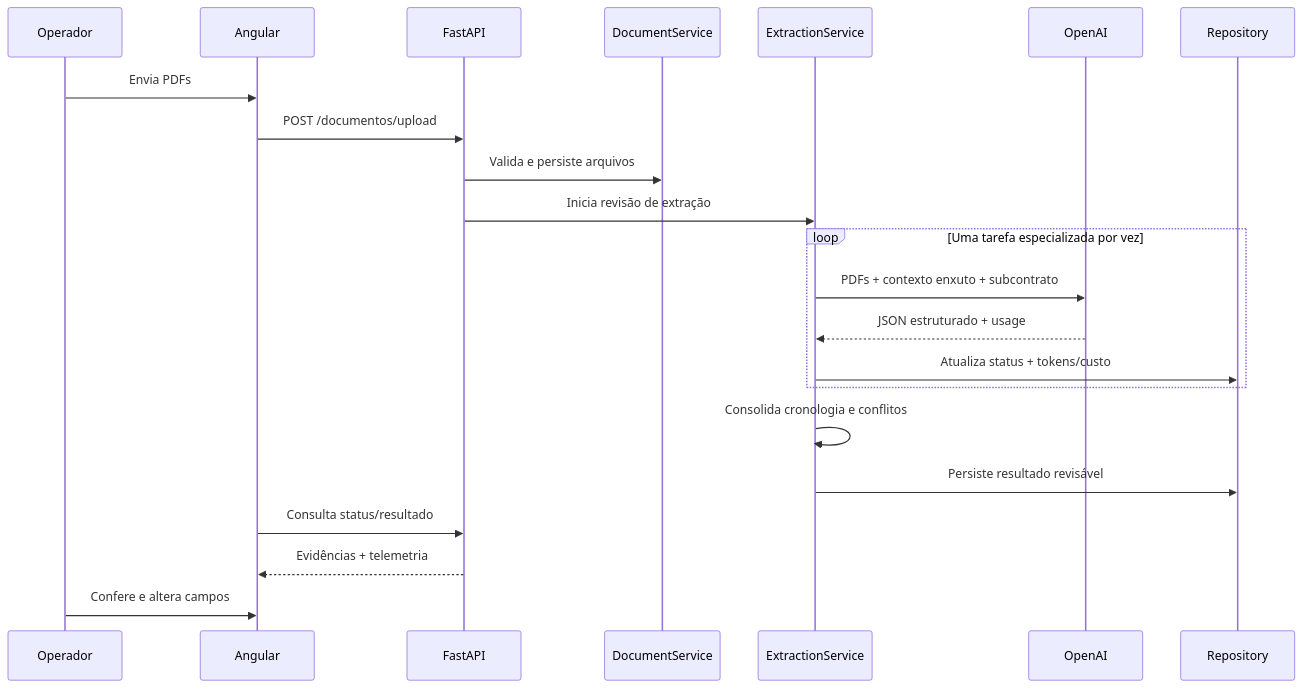
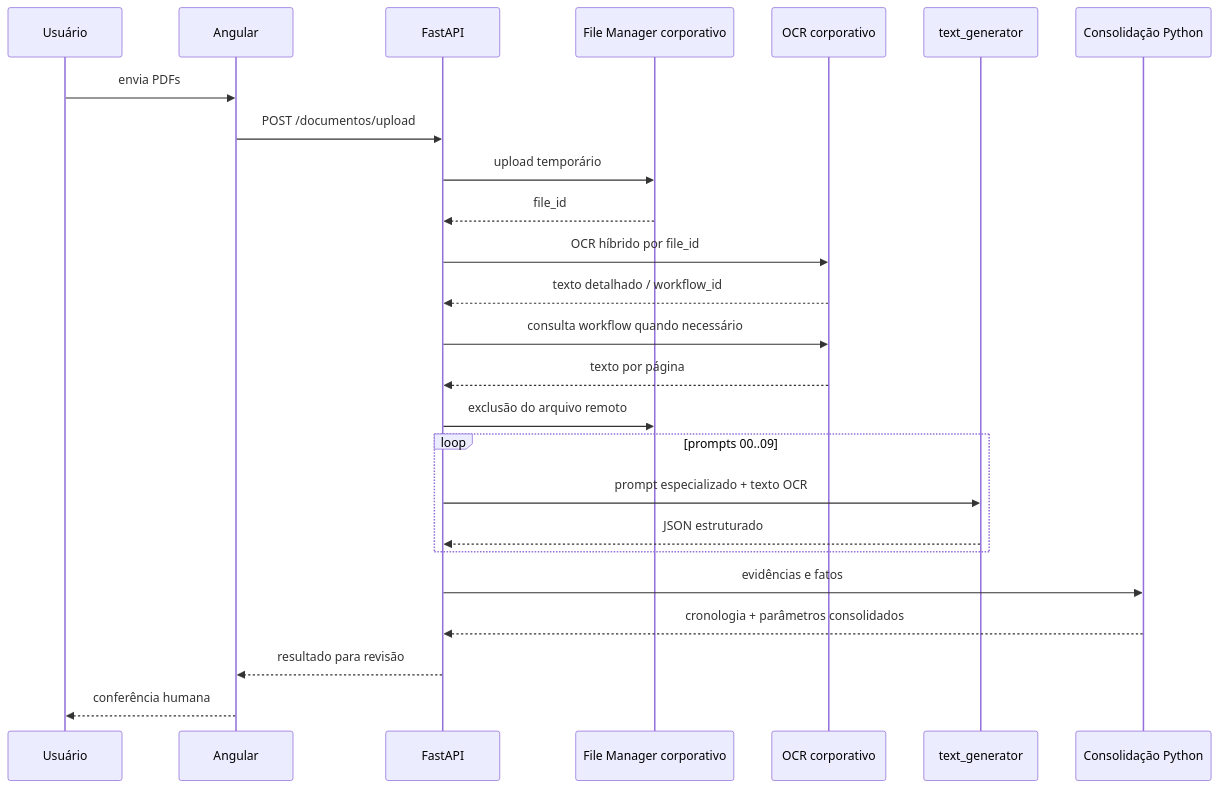
Before and after one commit to asainc/auditoria_pagamento: the diagram in docs/FLUXO_EXTRACAO_VISUAL.md, drawn with Mermaid. The commit also changed other lines of this file and 58 other files, not shown here.

````diff
--- a/docs/FLUXO_EXTRACAO_VISUAL.md
+++ b/docs/FLUXO_EXTRACAO_VISUAL.md
@@ -5,25 +3,28 @@
 ```mermaid
 sequenceDiagram
-    participant U as Operador
+    participant U as Usuário
     participant A as Angular
     participant B as FastAPI
-    participant D as DocumentService
-    participant X as ExtractionService
-    participant O as OpenAI
-    participant R as Repository
+    participant F as File Manager corporativo
+    participant O as OCR corporativo
+    participant T as text_generator
+    participant C as Consolidação Python
 
-    U->>A: Envia PDFs
+    U->>A: envia PDFs
     A->>B: POST /documentos/upload
-    B->>D: Valida e persiste arquivos
-    B->>X: Inicia revisão de extração
-    loop Uma tarefa especializada por vez
-        X->>O: PDFs + contexto enxuto + subcontrato
-        O-->>X: JSON estruturado + usage
-        X->>R: Atualiza status + tokens/custo
+    B->>F: upload temporário
+    F-->>B: file_id
+    B->>O: OCR híbrido por file_id
+    O-->>B: texto detalhado / workflow_id
+    B->>O: consulta workflow quando necessário
+    O-->>B: texto por página
+    B->>F: exclusão do arquivo remoto
+    loop prompts 00..09
+        B->>T: prompt especializado + texto OCR
+        T-->>B: JSON estruturado
     end
-    X->>X: Consolida cronologia e conflitos
-    X->>R: Persiste resultado revisável
-    A->>B: Consulta status/resultado
-    B-->>A: Evidências + telemetria
-    U->>A: Confere e altera campos
+    B->>C: evidências e fatos
+    C-->>B: cronologia + parâmetros consolidados
+    B-->>A: resultado para revisão
+    A-->>U: conferência humana
 ```
````
